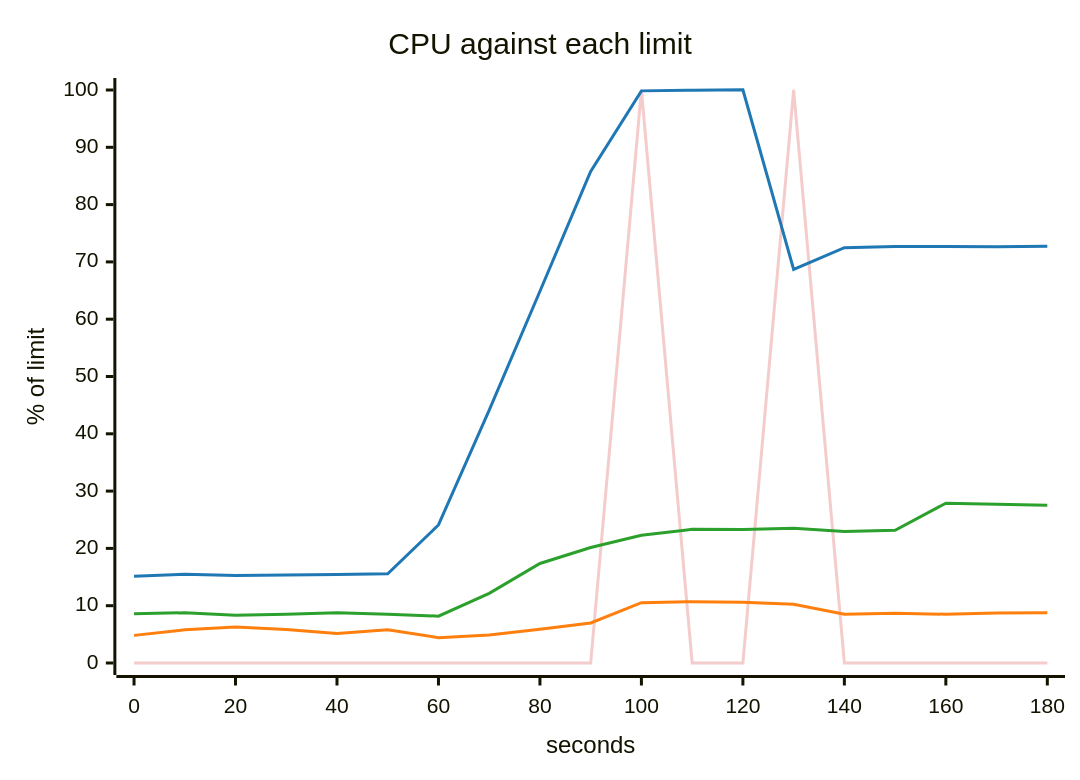
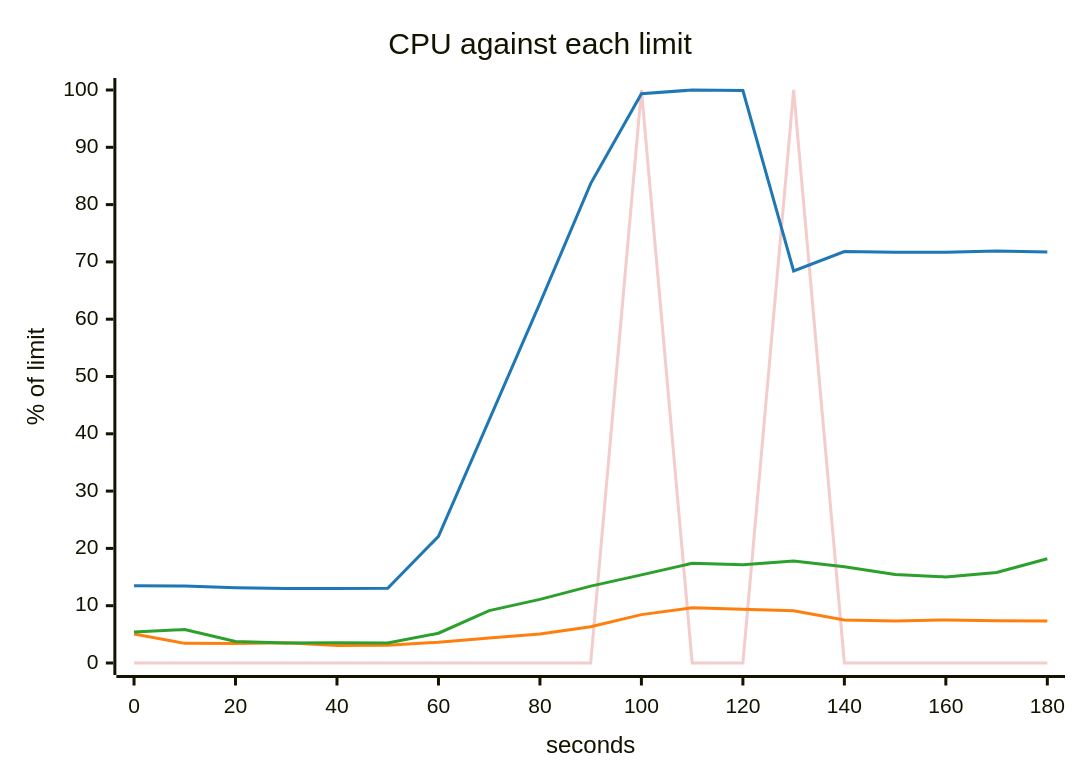
Before and after one commit to akinfemi/load-lore: the fifth of 5 diagrams in scenarios/featured-on-hacker-news/solutions/headroom/report.md, drawn with Mermaid. The commit also changed other lines of this file and 49 other files, not shown here.

````diff
--- a/scenarios/featured-on-hacker-news/solutions/headroom/report.md
+++ b/scenarios/featured-on-hacker-news/solutions/headroom/report.md
@@ -94,17 +95,17 @@
 ```mermaid
 ---
 config:
   themeVariables:
     xyChart:
       backgroundColor: "transparent"
       plotColorPalette: "#f4cccc, #1f77b4, #ff7f0e, #2ca02c"
 ---
 xychart-beta
     title "CPU against each limit"
     x-axis "seconds" 0 --> 180
     y-axis "% of limit" 0 --> 100
     line [0, 0, 0, 0, 0, 0, 0, 0, 0, 0, 100, 0, 0, 100, 0, 0, 0, 0, 0]
-    line [15.143, 15.492, 15.25, 15.338, 15.444, 15.568, 24.089, 44.126, 64.878, 85.804, 99.849, 99.97, 100.025, 68.704, 72.491, 72.678, 72.681, 72.654, 72.723]
-    line [4.821, 5.794, 6.304, 5.843, 5.139, 5.806, 4.427, 4.902, 5.89, 6.978, 10.522, 10.702, 10.598, 10.265, 8.513, 8.673, 8.512, 8.713, 8.75]
-    line [8.586, 8.772, 8.317, 8.522, 8.761, 8.519, 8.18, 12.148, 17.374, 20.152, 22.302, 23.324, 23.307, 23.537, 22.935, 23.153, 27.886, 27.722, 27.522]
+    line [13.5, 13.417, 13.119, 12.983, 13.013, 13.038, 22.098, 42.438, 62.791, 83.673, 99.365, 99.999, 99.899, 68.409, 71.817, 71.691, 71.684, 71.882, 71.748]
+    line [5.078, 3.427, 3.401, 3.532, 3.07, 3.103, 3.613, 4.35, 5.071, 6.336, 8.446, 9.631, 9.366, 9.134, 7.521, 7.319, 7.509, 7.375, 7.319]
+    line [5.4, 5.834, 3.742, 3.485, 3.517, 3.488, 5.193, 9.136, 11.107, 13.411, 15.374, 17.405, 17.164, 17.793, 16.809, 15.453, 15.023, 15.804, 18.181]
 ```
````
